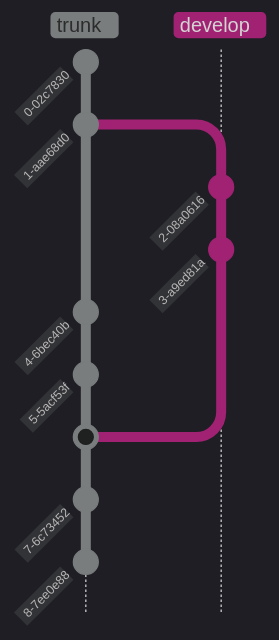
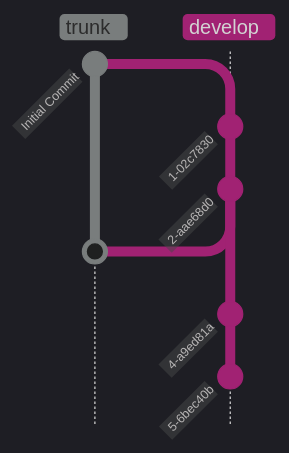
Before and after one commit to DiagnosticsMonkey/Docs-VersionControl: the second of 2 diagrams in docs/README.md, drawn with Mermaid. The commit also changed other lines of this file and 2 other files, not shown here. Commit ids are hidden.

````diff
--- a/docs/README.md
+++ b/docs/README.md
@@ -82,15 +113,13 @@
 ```mermaid
 %%{init: {'logLevel': 'debug', 'theme': 'dark', 'gitGraph': {'showBranches': true, 'showCommitLabel':true, 'mainBranchName':'trunk'}}}%%
 gitGraph TB:
-    commit
-    commit
+    commit id:"Initial Commit"
     branch develop
     commit
     commit
     checkout trunk
-    commit
-    commit
     merge develop
+    checkout develop
     commit
     commit
 ```
````
